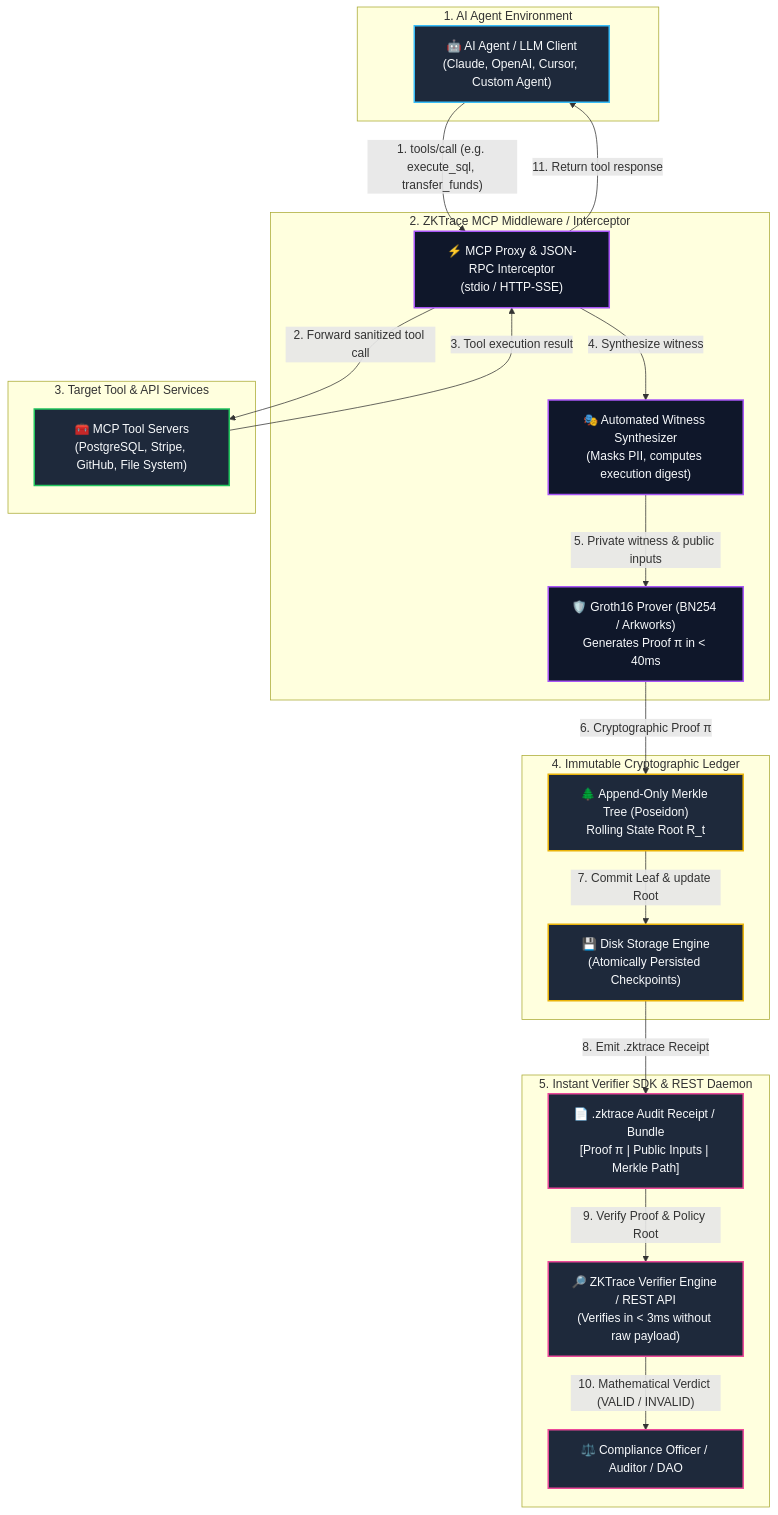
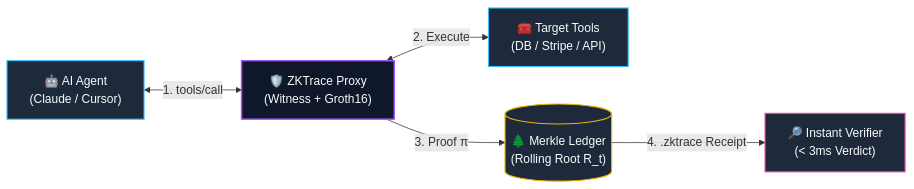
The diagram in README.md (MuhammetEmirErkut/zk-trace), drawn with Mermaid before and after one commit. The commit also changed other lines of this file, not shown here.

Commit message:
docs(readme): streamline architecture diagram and compact UVP matrix

````diff
--- a/README.md
+++ b/README.md
@@ -51,46 +49,19 @@
 ```mermaid
-flowchart TB
-    %% Styling
-    classDef client fill:#1e293b,stroke:#38bdf8,stroke-width:2px,color:#f8fafc;
+flowchart LR
+    %% Compact Styling
+    classDef box fill:#1e293b,stroke:#38bdf8,stroke-width:1.5px,color:#f8fafc;
     classDef proxy fill:#0f172a,stroke:#a855f7,stroke-width:2px,color:#f8fafc;
-    classDef tool fill:#1e293b,stroke:#22c55e,stroke-width:2px,color:#f8fafc;
-    classDef ledger fill:#1e293b,stroke:#eab308,stroke-width:2px,color:#f8fafc;
-    classDef audit fill:#1e293b,stroke:#ec4899,stroke-width:2px,color:#f8fafc;
+    classDef ledger fill:#1e293b,stroke:#eab308,stroke-width:1.5px,color:#f8fafc;
+    classDef audit fill:#1e293b,stroke:#ec4899,stroke-width:1.5px,color:#f8fafc;
 
-    subgraph ClientLayer["1. AI Agent Environment"]
-        LLM["🤖 AI Agent / LLM Client\n(Claude, OpenAI, Cursor, Custom Agent)"]:::client
-    end
+    Agent["🤖 AI Agent\n(Claude / Cursor)"]:::box
+    Proxy["🛡️ ZKTrace Proxy\n(Witness + Groth16)"]:::proxy
+    Tools["🧰 Target Tools\n(DB / Stripe / API)"]:::box
+    Ledger[("🌲 Merkle Ledger\n(Rolling Root R_t)")]:::ledger
+    Verifier["🔎 Instant Verifier\n(< 3ms Verdict)"]:::audit
 
-    subgraph ZKTraceProxy["2. ZKTrace MCP Middleware / Interceptor"]
-        MCP_Proxy["⚡ MCP Proxy & JSON-RPC Interceptor\n(stdio / HTTP-SSE)"]:::proxy
-        WitnessGen["🎭 Automated Witness Synthesizer\n(Masks PII, computes execution digest)"]:::proxy
-        ZKProver["🛡️ Groth16 Prover (BN254 / Arkworks)\nGenerates Proof π in < 40ms"]:::proxy
-    end
-
-    subgraph ToolLayer["3. Target Tool & API Services"]
-        MCP_Tools["🧰 MCP Tool Servers\n(PostgreSQL, Stripe, GitHub, File System)"]:::tool
-    end
-
-    subgraph LedgerLayer["4. Immutable Cryptographic Ledger"]
-        MerkleLedger["🌲 Append-Only Merkle Tree (Poseidon)\nRolling State Root R_t"]:::ledger
-        StorageEngine["💾 Disk Storage Engine\n(Atomically Persisted Checkpoints)"]:::ledger
-    end
-
-    subgraph AuditorLayer["5. Instant Verifier SDK & REST Daemon"]
-        AuditReceipt["📄 .zktrace Audit Receipt / Bundle\n[Proof π | Public Inputs | Merkle Path]"]:::audit
-        VerifierEngine["🔎 ZKTrace Verifier Engine / REST API\n(Verifies in < 3ms without raw payload)"]:::audit
-        Auditor["⚖️ Compliance Officer / Auditor / DAO"]:::audit
-    end
-
-    LLM -->|"1. tools/call (e.g. execute_sql, transfer_funds)"| MCP_Proxy
-    MCP_Proxy -->|"2. Forward sanitized tool call"| MCP_Tools
-    MCP_Tools -->|"3. Tool execution result"| MCP_Proxy
-    MCP_Proxy -->|"4. Synthesize witness"| WitnessGen
-    WitnessGen -->|"5. Private witness & public inputs"| ZKProver
-    ZKProver -->|"6. Cryptographic Proof π"| MerkleLedger
-    MerkleLedger -->|"7. Commit Leaf & update Root"| StorageEngine
-    StorageEngine -->|"8. Emit .zktrace Receipt"| AuditReceipt
-    AuditReceipt -->|"9. Verify Proof & Policy Root"| VerifierEngine
-    VerifierEngine -->|"10. Mathematical Verdict (VALID / INVALID)"| Auditor
-    MCP_Proxy -->|"11. Return tool response"| LLM
+    Agent <-->|"1. tools/call"| Proxy
+    Proxy <-->|"2. Execute"| Tools
+    Proxy -->|"3. Proof π"| Ledger
+    Ledger -->|"4. .zktrace Receipt"| Verifier
 ```
````
